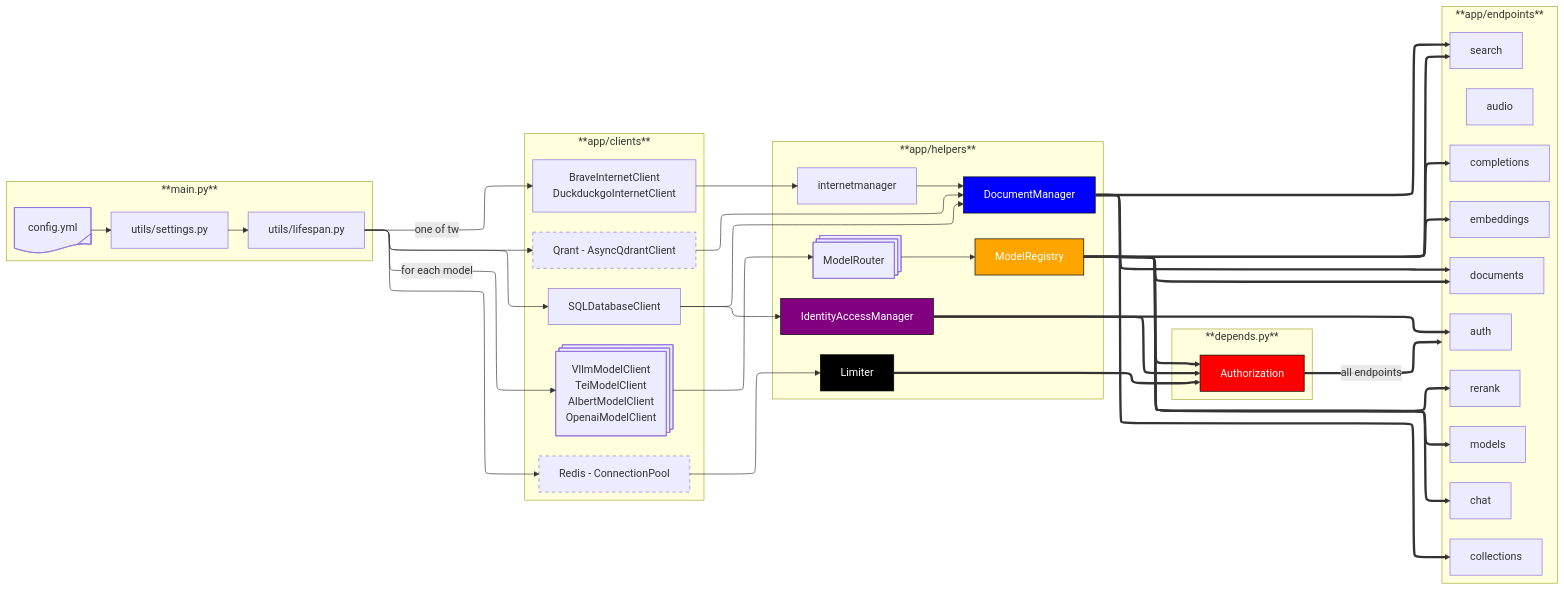
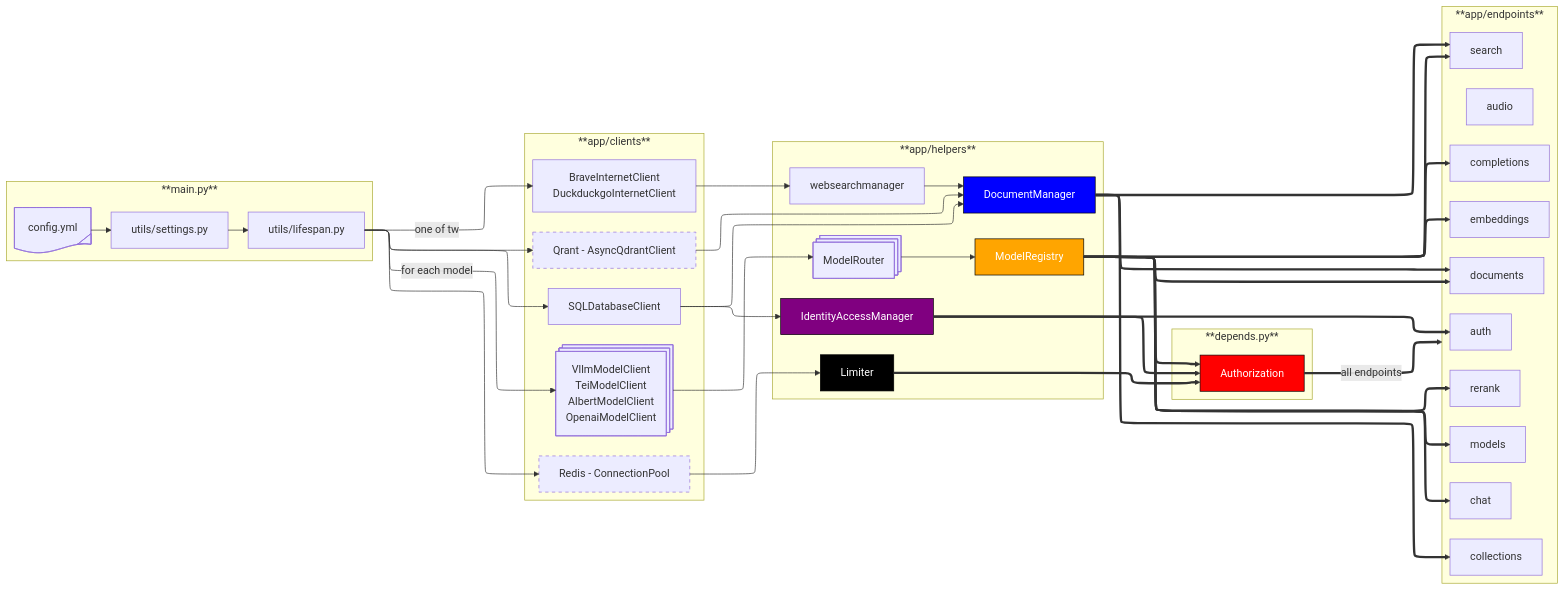
One commit to etalab-ia/albert-api changed the diagram in docs/architecture.md. Above: the diagram before and after it, drawn with Mermaid. The commit also changed 14 other files, not shown here.

```diff
--- a/docs/architecture.md
+++ b/docs/architecture.md
@@ -47,8 +47,8 @@
     modelrouter --> modelregistry
     sqlclient --> identityaccessmanager
  
-    internetclient --> internetmanager
-    internetmanager --> documentmanager
+    internetclient --> websearchmanager
+    websearchmanager --> documentmanager
     sqlclient --> documentmanager
     qdrantclient --> documentmanager
     redisclient --> limiter
```
